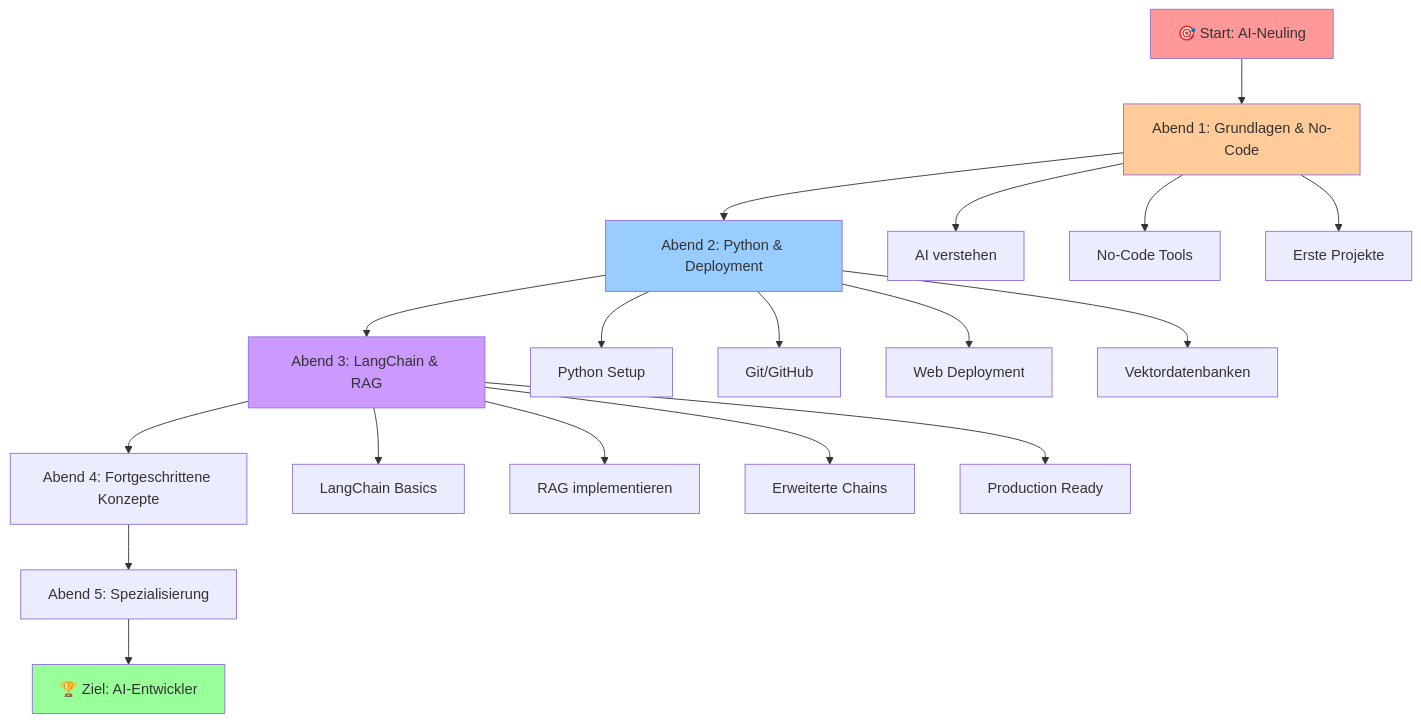
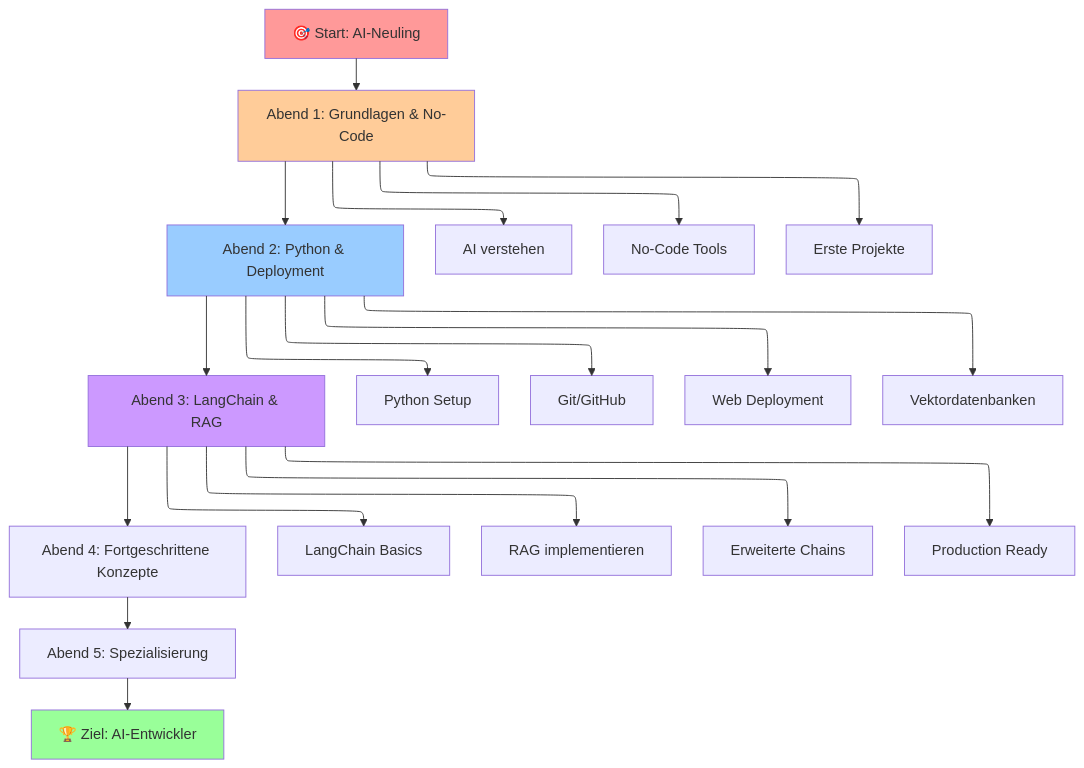
The diagram in docs/course-roadmap.adoc (talent-factory/ki-development), drawn with Mermaid before and after one commit. The commit also changed 4 other files, not shown here.

First line of the commit message:
Korrigiere Schweizer Rechtschreibung und füge Mermaid-Layout hinzu

````diff
--- a/docs/course-roadmap.adoc
+++ b/docs/course-roadmap.adoc
@@ -25,29 +25,33 @@
 ```mermaid
+---
+config:
+  layout: elk
+---
 graph TD
     A[🎯 Start: AI-Neuling] --> B[Abend 1: Grundlagen & No-Code]
     B --> C[Abend 2: Python & Deployment]
     C --> D[Abend 3: LangChain & RAG]
     D --> E[Abend 4: Fortgeschrittene Konzepte]
     E --> F[Abend 5: Spezialisierung]
     F --> G[🏆 Ziel: AI-Entwickler]
     
     B --> B1[AI verstehen]
     B --> B2[No-Code Tools]
     B --> B3[Erste Projekte]
     
     C --> C1[Python Setup]
     C --> C2[Git/GitHub]
     C --> C3[Web Deployment]
     C --> C4[Vektordatenbanken]
     
     D --> D1[LangChain Basics]
     D --> D2[RAG implementieren]
     D --> D3[Erweiterte Chains]
     D --> D4[Production Ready]
     
     style A fill:#ff9999
     style G fill:#99ff99
     style B fill:#ffcc99
     style C fill:#99ccff
     style D fill:#cc99ff
 ```
````
